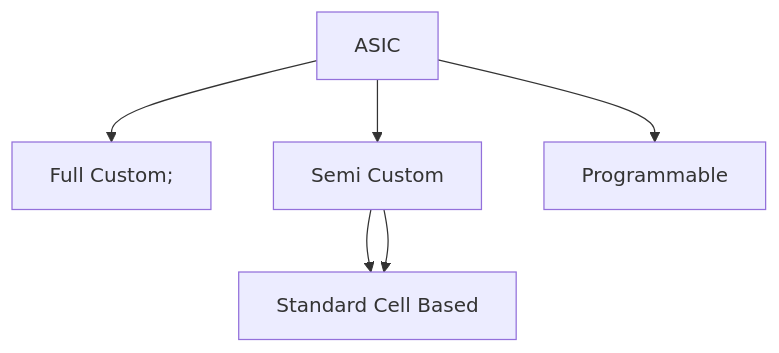
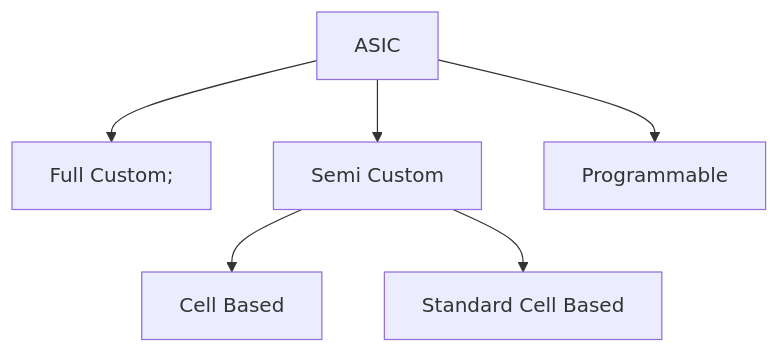
The diagram in DAY2/Readme.md (ssbagi/NASSCOM-VSD-SoC-Design-Program), drawn with Mermaid before and after one commit.

````diff
--- a/DAY2/Readme.md
+++ b/DAY2/Readme.md
@@ -9,8 +9,8 @@
 ```mermaid
 graph TD;
     A[ASIC]-->B[Full Custom;]
     A[ASIC]-->C[Semi Custom];
     A[ASIC]-->D[Programmable];
-    C[Semi Custom]-->E[Cell Based];
+    C[Semi Custom]-->F[Cell Based];
     C[Semi Custom]-->E[Standard Cell Based];
 ```
````
